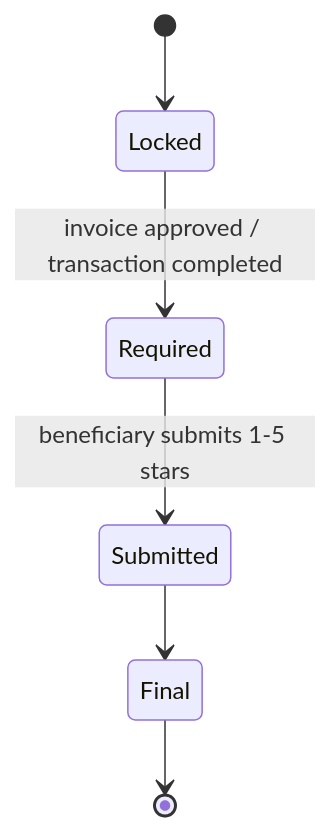
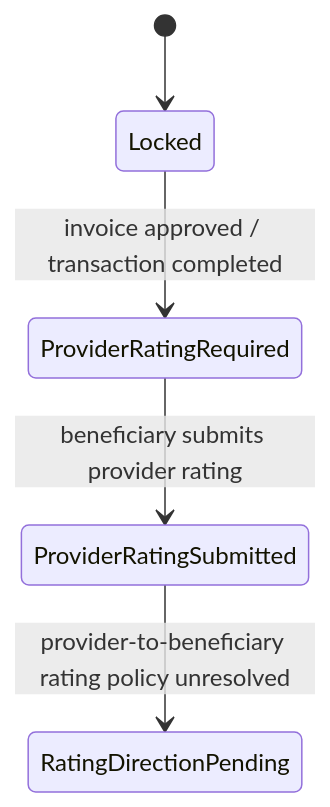
The diagram in docs/03-analysis/18-rating-reputation-model.md (Yadd-SanaaUniversityGraduationProject/yadd), drawn with Mermaid before and after one commit. The commit also changed other lines of this file, not shown here.

Commit message:
analysis: reopen beneficiary rating direction

````diff
--- a/docs/03-analysis/18-rating-reputation-model.md
+++ b/docs/03-analysis/18-rating-reputation-model.md
@@ -47,8 +64,7 @@
 ```mermaid
 stateDiagram-v2
     [*] --> Locked
-    Locked --> Required: invoice approved / transaction completed
-    Required --> Submitted: beneficiary submits 1-5 stars
-    Submitted --> Final
-    Final --> [*]
+    Locked --> ProviderRatingRequired: invoice approved / transaction completed
+    ProviderRatingRequired --> ProviderRatingSubmitted: beneficiary submits provider rating
+    ProviderRatingSubmitted --> RatingDirectionPending: provider-to-beneficiary rating policy unresolved
 ```
````
